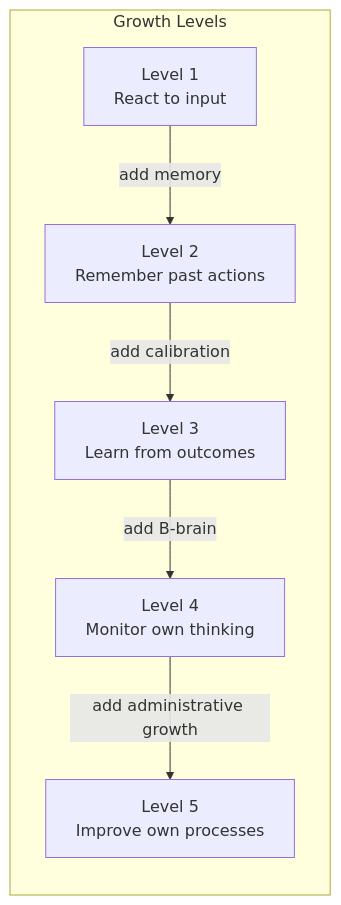
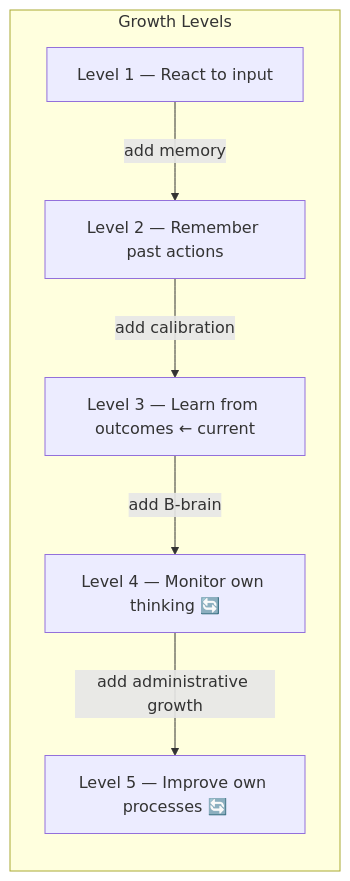
One commit to tfatykhov/nous changed the third of 4 diagrams in README.md. Above: the diagram before and after it, drawn with Mermaid. The commit also changed other lines of this file, not shown here.

````diff
--- a/README.md
+++ b/README.md
@@ -183,15 +195,15 @@
 ```mermaid
 graph LR
     subgraph "Growth Levels"
-        L1[Level 1<br/>React to input]
-        L2[Level 2<br/>Remember past actions]
-        L3[Level 3<br/>Learn from outcomes]
-        L4[Level 4<br/>Monitor own thinking]
-        L5[Level 5<br/>Improve own processes]
+        L1["Level 1 — React to input"]
+        L2["Level 2 — Remember past actions"]
+        L3["Level 3 — Learn from outcomes ← current"]
+        L4["Level 4 — Monitor own thinking 🔄"]
+        L5["Level 5 — Improve own processes 🔄"]
     end
 
     L1 -->|add memory| L2
     L2 -->|add calibration| L3
     L3 -->|add B-brain| L4
     L4 -->|add administrative growth| L5
 ```
````
